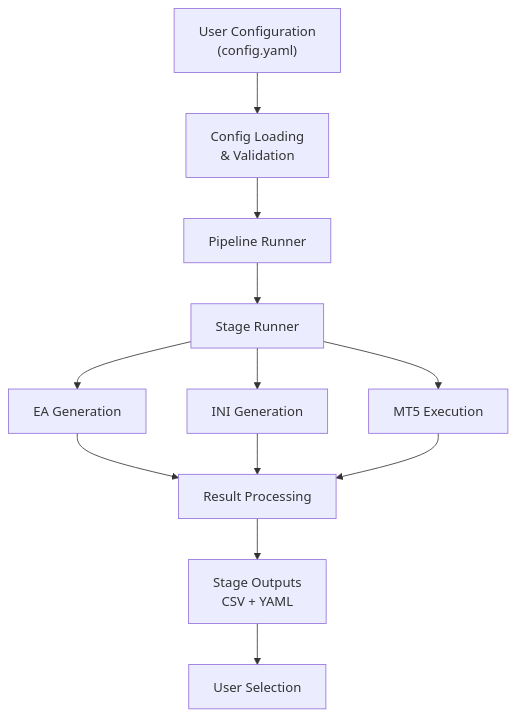
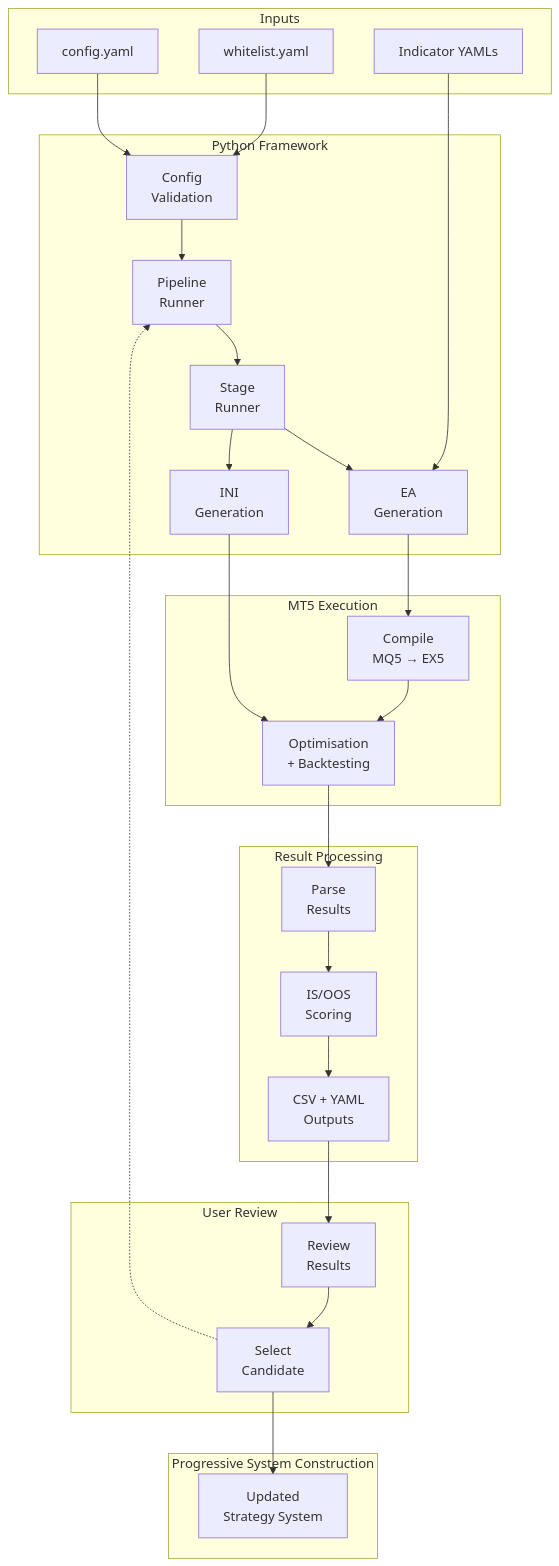
One commit to xMattC/mt5-strategy-factory changed the diagram in docs/architecture.md. Above: the diagram before and after it, drawn with Mermaid. The commit also changed other lines of this file, not shown here.

Commit message:
Enhance architecture documentation with pipeline details
Added a detailed description of the staged processing pipeline and its components.

````diff
--- a/docs/architecture.md
+++ b/docs/architecture.md
@@ -48,38 +49,96 @@
 ```mermaid
 flowchart TD
 
-    A["User Configuration<br>(config.yaml)"]
+subgraph INPUT["Inputs"]
+A["config.yaml"]
+B["whitelist.yaml"]
+C["Indicator YAMLs"]
+end
 
-    B["Config Loading<br>& Validation"]
 
-    C["Pipeline Runner"]
+subgraph CORE["Python Framework"]
 
-    D["Stage Runner"]
+D["Config
+Validation"]
 
-    E["EA Generation"]
+E["Pipeline
+Runner"]
 
-    F["INI Generation"]
+F["Stage
+Runner"]
 
-    G["MT5 Execution"]
+G["EA
+Generation"]
 
-    H["Result Processing"]
+H["INI
+Generation"]
 
-    I["Stage Outputs<br>CSV + YAML"]
+end
 
-    J["User Selection"]
 
-    A --> B
-    B --> C
-    C --> D
+subgraph EXEC["MT5 Execution"]
 
-    D --> E
-    D --> F
-    D --> G
+I["Compile
+MQ5 → EX5"]
 
-    E --> H
-    F --> H
-    G --> H
+J["Optimisation
++ Backtesting"]
 
-    H --> I
-    I --> J
+end
+
+
+subgraph RESULTS["Result Processing"]
+
+K["Parse
+Results"]
+
+L["IS/OOS
+Scoring"]
+
+M["CSV + YAML
+Outputs"]
+
+end
+
+
+subgraph USER["User Review"]
+
+N["Review
+Results"]
+
+O["Select
+Candidate"]
+
+end
+
+
+subgraph FINAL["Progressive System Construction"]
+
+P["Updated
+Strategy System"]
+
+end
+
+
+A --> D
+B --> D
+C --> G
+
+D --> E
+E --> F
+F --> G
+F --> H
+
+G --> I
+H --> J
+I --> J
+
+J --> K
+K --> L
+L --> M
+
+M --> N
+N --> O
+O --> P
+O -.-> E
 ```
````
